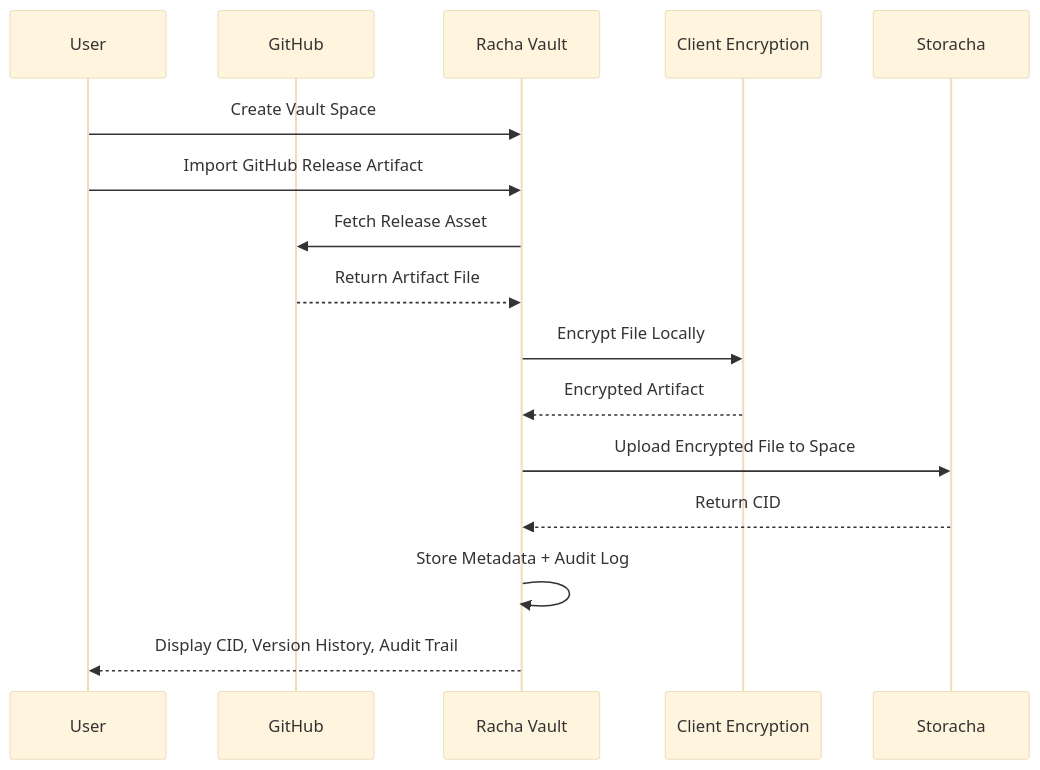
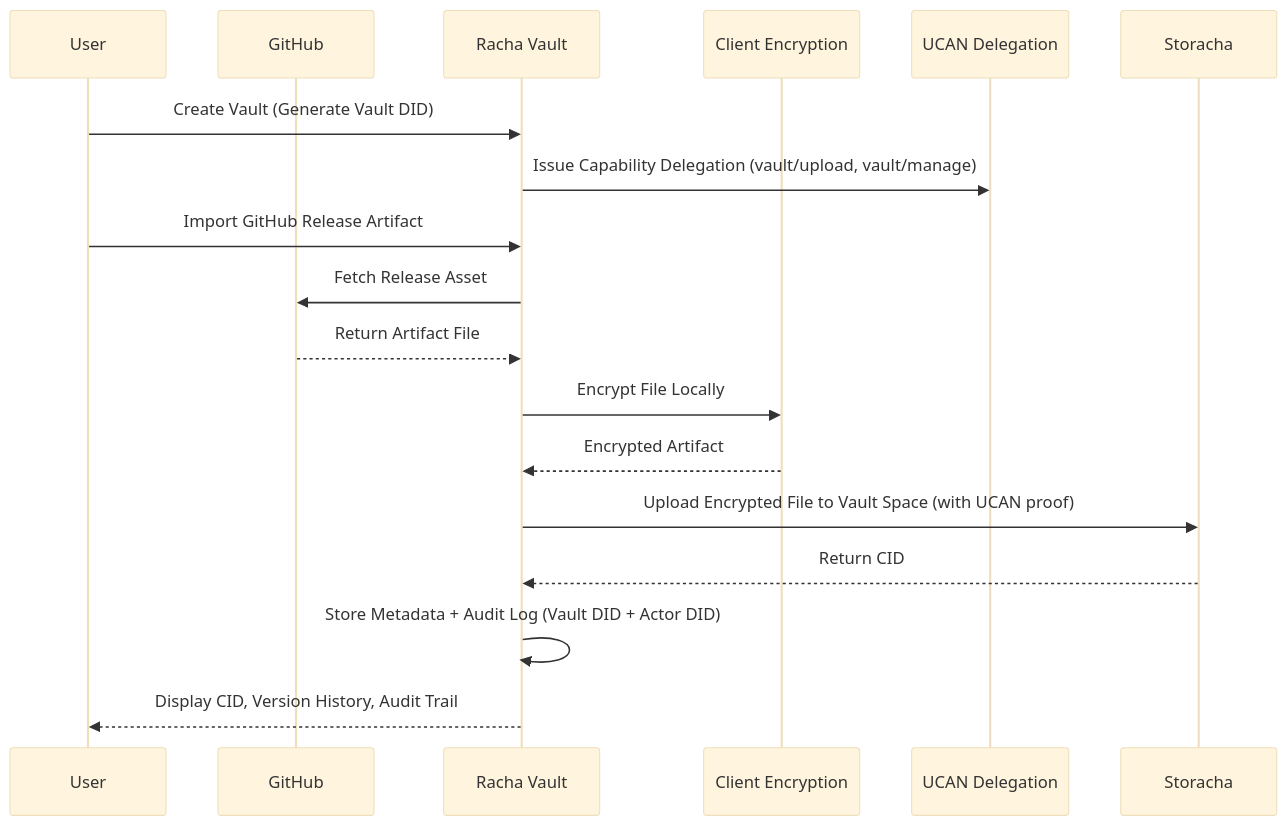
The diagram in README.md (Fatumayattani/racha-vault), drawn with Mermaid (base theme) before and after one commit. The commit also changed other lines of this file, not shown here.

Commit message:
docs: update README with Vault DID model, UCAN capability architecture, and enhanced sequence flow

````diff
--- a/README.md
+++ b/README.md
@@ -64,19 +88,21 @@
 ```mermaid
 sequenceDiagram
     participant User
     participant GitHub
     participant VaultApp as Racha Vault
     participant Crypto as Client Encryption
+    participant UCAN as UCAN Delegation
     participant Storacha
 
-    User->>VaultApp: Create Vault Space
+    User->>VaultApp: Create Vault (Generate Vault DID)
+    VaultApp->>UCAN: Issue Capability Delegation (vault/upload, vault/manage)
     User->>VaultApp: Import GitHub Release Artifact
     VaultApp->>GitHub: Fetch Release Asset
     GitHub-->>VaultApp: Return Artifact File
     VaultApp->>Crypto: Encrypt File Locally
     Crypto-->>VaultApp: Encrypted Artifact
-    VaultApp->>Storacha: Upload Encrypted File to Space
+    VaultApp->>Storacha: Upload Encrypted File to Vault Space (with UCAN proof)
     Storacha-->>VaultApp: Return CID
-    VaultApp->>VaultApp: Store Metadata + Audit Log
+    VaultApp->>VaultApp: Store Metadata + Audit Log (Vault DID + Actor DID)
     VaultApp-->>User: Display CID, Version History, Audit Trail
 ```
````
